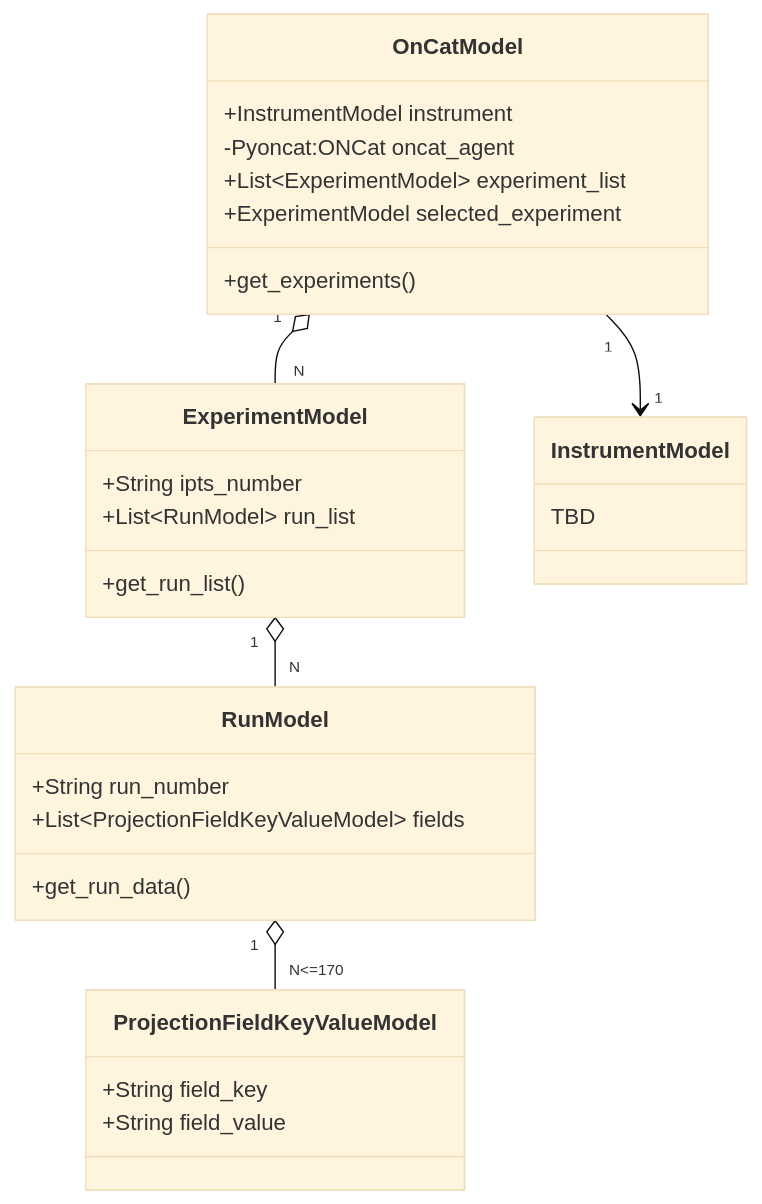
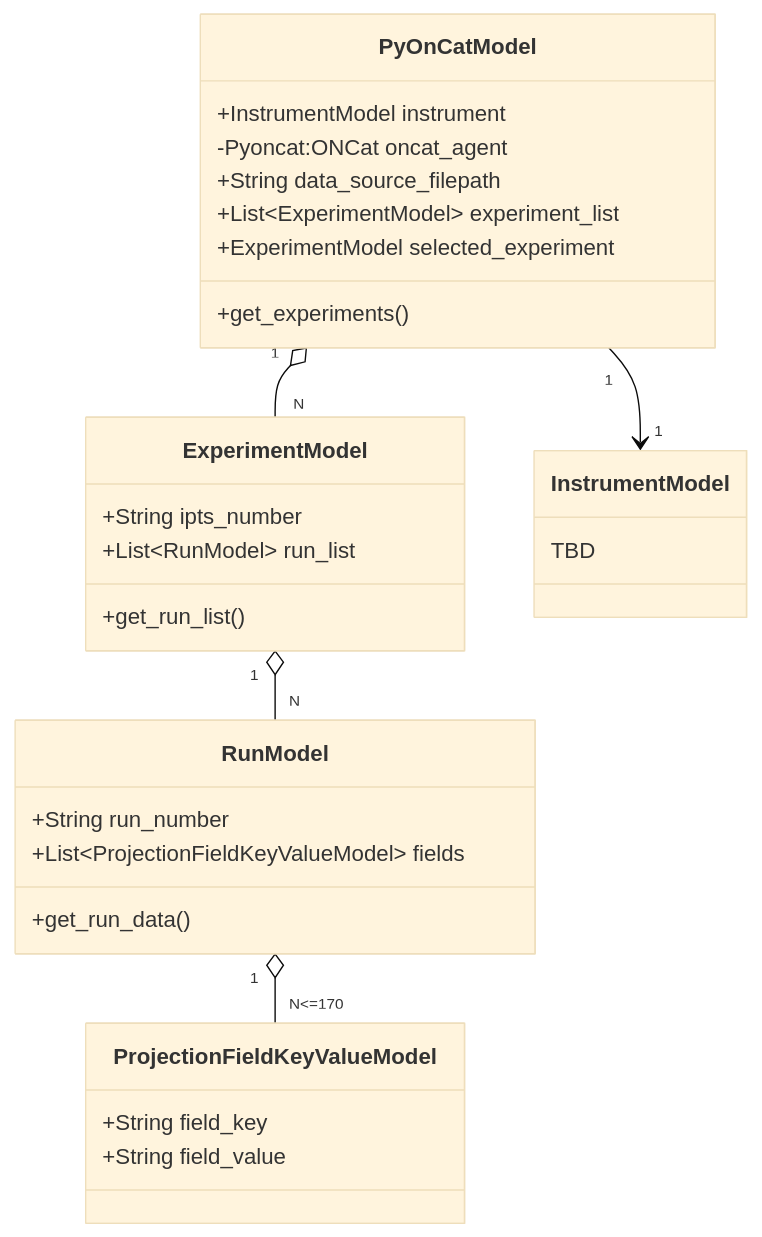
The diagram in docs/source/design/oncat_general.rst (neutrons/garnet), drawn with Mermaid (base theme) before and after one commit. The commit also changed other lines of this file and 4 other files, not shown here.

```diff
--- a/docs/source/design/oncat_general.rst
+++ b/docs/source/design/oncat_general.rst
@@ -11,37 +15,38 @@
 .. mermaid::
 
  classDiagram
-    OnCatModel "1" o--"N" ExperimentModel
+    PyOnCatModel "1" o--"N" ExperimentModel
     ExperimentModel "1" o--"N" RunModel
-    OnCatModel "1" -->"1" InstrumentModel
+    PyOnCatModel "1" -->"1" InstrumentModel
     RunModel "1" o--"N<=170" ProjectionFieldKeyValueModel
 
-    class OnCatModel{
+    class PyOnCatModel{
         +InstrumentModel instrument
         -Pyoncat:ONCat oncat_agent
+        +String data_source_filepath
         +List~ExperimentModel~ experiment_list
         +ExperimentModel selected_experiment
         +get_experiments()
     }
 
     class InstrumentModel{
         TBD
     }
 
 
     class ExperimentModel{
         +String ipts_number
         +List~RunModel~ run_list
         +get_run_list()
     }
 
     class RunModel{
         +String run_number
         +List~ProjectionFieldKeyValueModel~ fields
         +get_run_data()
 
     }
     class ProjectionFieldKeyValueModel{
         +String field_key
         +String field_value
     }
```
